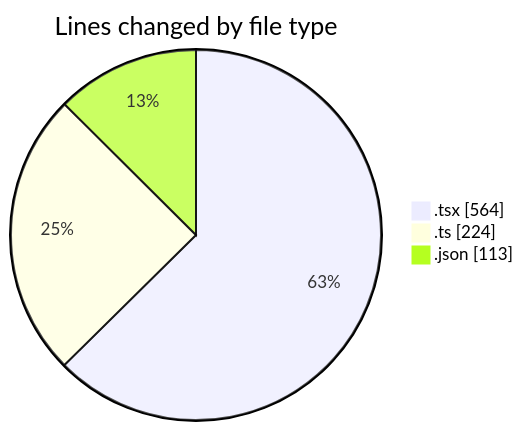
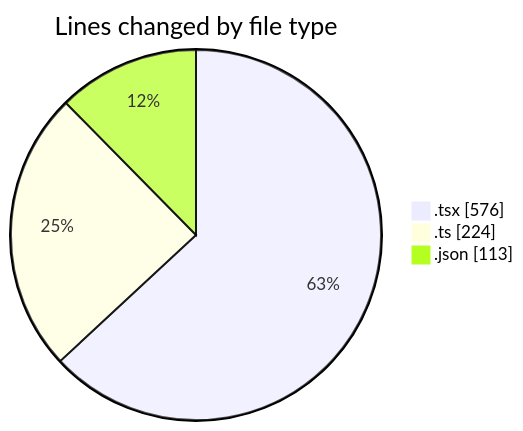
The first of 2 diagrams in 2025-02-23/pdf-analysis-app/README.md (momahboobian/code-tracking), drawn with Mermaid before and after one commit. The commit also changed other lines of this file and 1 other file, not shown here.

````diff
--- a/2025-02-23/pdf-analysis-app/README.md
+++ b/2025-02-23/pdf-analysis-app/README.md
@@ -29,7 +29,7 @@
 ```mermaid
 pie showData
 title Lines changed by file type
-".tsx" : 564
+".tsx" : 576
 ".ts" : 224
 ".json" : 113
 ```
````
